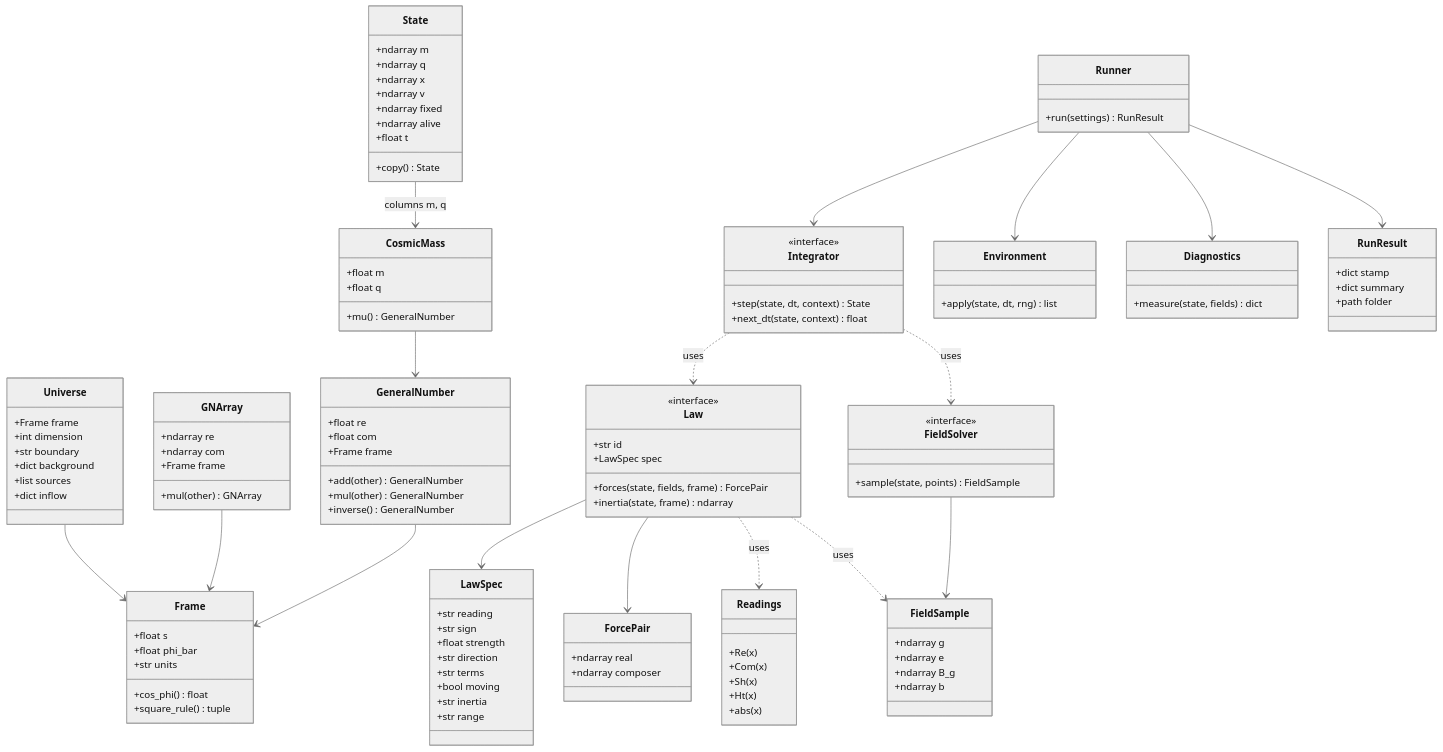
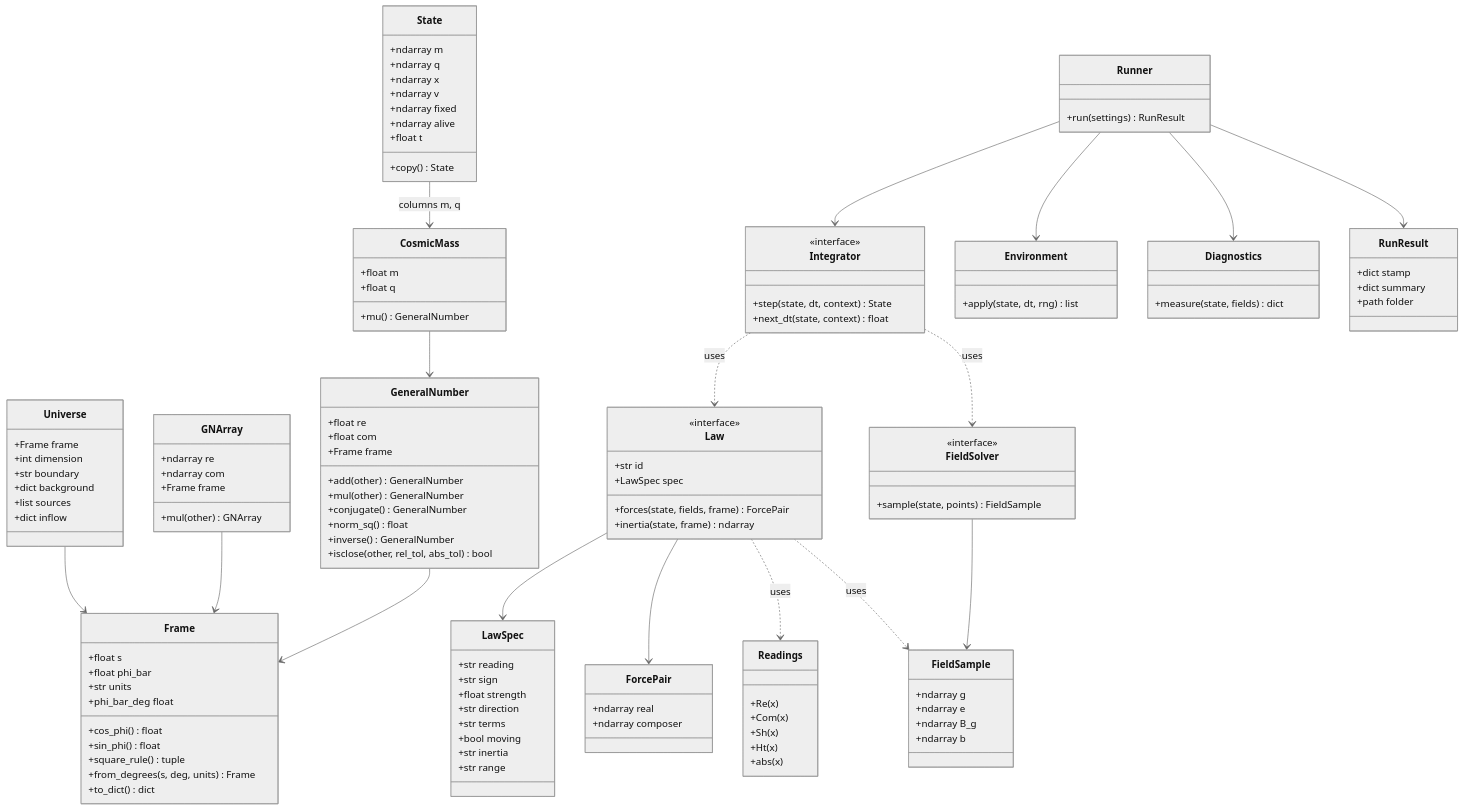
The third of 8 diagrams in ARCHITECTURE.md (MostafaDerraz/cosmic-mass-lab), drawn with Mermaid (neutral theme) before and after one commit. The commit also changed other lines of this file and 10 other files, not shown here.

First line of the commit message:
MVP-1 (E1.1, E1.2): constants, frame, scalar General Numbers

```diff
--- a/ARCHITECTURE.md
+++ b/ARCHITECTURE.md
@@ -217,8 +217,12 @@
         +float s
         +float phi_bar
         +str units
+        +phi_bar_deg float
         +cos_phi() float
+        +sin_phi() float
         +square_rule() tuple
+        +from_degrees(s, deg, units) Frame
+        +to_dict() dict
     }
     class GeneralNumber {
         +float re
@@ -226,7 +230,10 @@
         +Frame frame
         +add(other) GeneralNumber
         +mul(other) GeneralNumber
+        +conjugate() GeneralNumber
+        +norm_sq() float
         +inverse() GeneralNumber
+        +isclose(other, rel_tol, abs_tol) bool
     }
     class GNArray {
         +ndarray re
```
